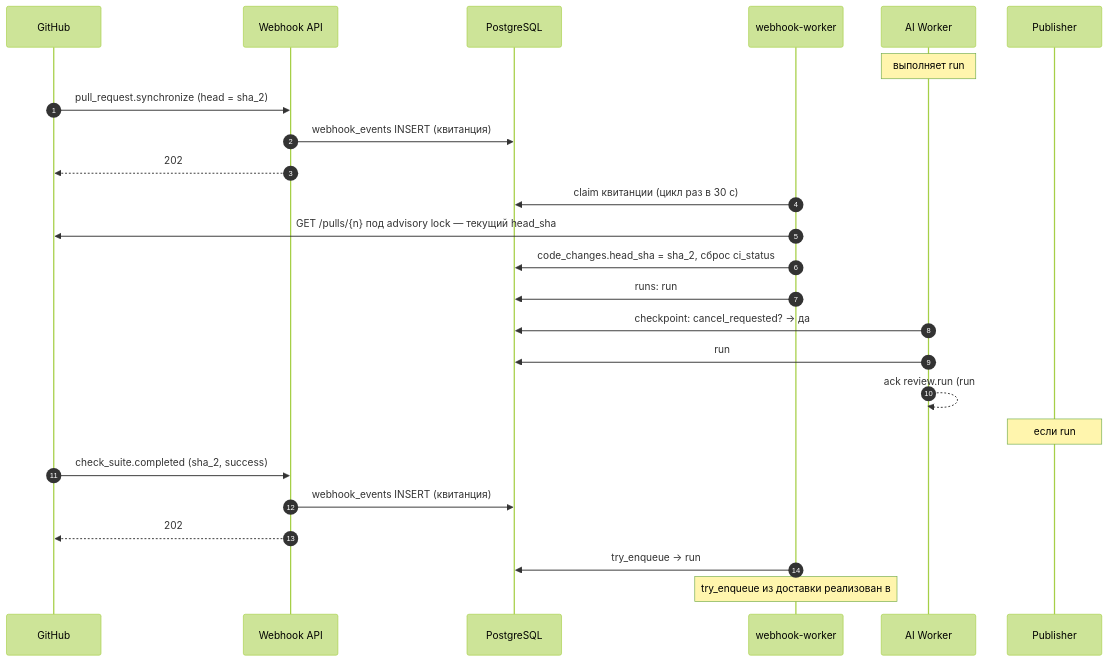
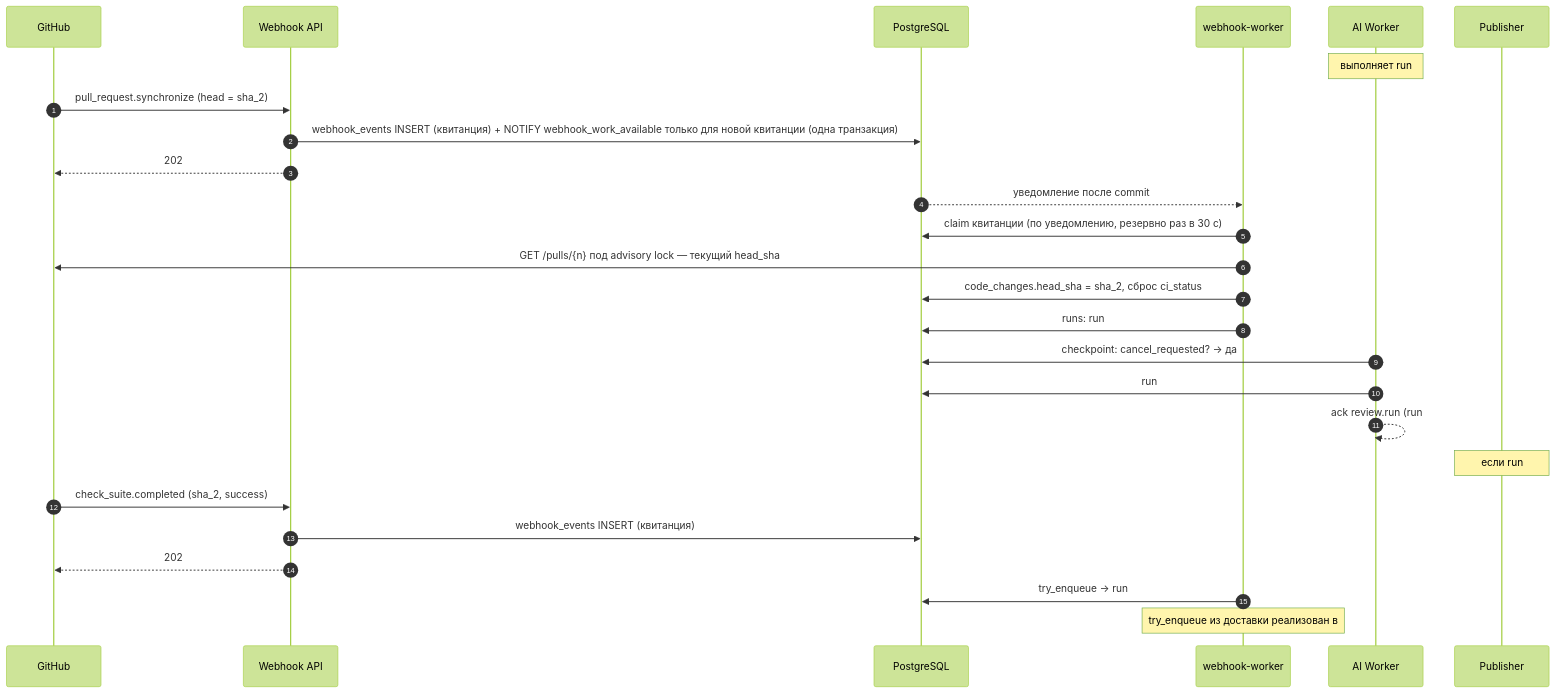
One commit to larchanka-training/dmc-268-api-t6 changed the sixth of 13 diagrams in docs/SYSTEM_DESIGN.md. Above: the diagram before and after it, drawn with Mermaid (forest theme). The commit also changed other lines of this file and 3 other files, not shown here.

First line of the commit message:
docs: describe NOTIFY wake-up of webhook-worker (#166)

````diff
--- a/docs/SYSTEM_DESIGN.md
+++ b/docs/SYSTEM_DESIGN.md
@@ -385,28 +389,29 @@
 ```mermaid
 sequenceDiagram
   autonumber
   participant GH as GitHub
   participant WH as Webhook API
   participant PG as PostgreSQL
   participant WW as webhook-worker
   participant W as AI Worker
   participant P as Publisher
 
   Note over W: выполняет run#1 (sha_1)
   GH->>WH: pull_request.synchronize (head = sha_2)
-  WH->>PG: webhook_events INSERT (квитанция)
+  WH->>PG: webhook_events INSERT (квитанция) + NOTIFY webhook_work_available только для новой квитанции (одна транзакция)
   WH-->>GH: 202
-  WW->>PG: claim квитанции (цикл раз в 30 с)
+  PG-->>WW: уведомление после commit
+  WW->>PG: claim квитанции (по уведомлению, резервно раз в 30 с)
   WW->>GH: GET /pulls/{n} под advisory lock — текущий head_sha
   WW->>PG: code_changes.head_sha = sha_2, сброс ci_status
   WW->>PG: runs: run#1.cancel_requested = true
   W->>PG: checkpoint: cancel_requested? → да
   W->>PG: run#1.state → cancelled
   W-->>W: ack review.run (run#1), без публикации
   Note over P: если run#1 уже в review.publish — Publisher сверяет sha_1 ≠ head_sha и не постит
   GH->>WH: check_suite.completed (sha_2, success)
   WH->>PG: webhook_events INSERT (квитанция)
   WH-->>GH: 202
   WW->>PG: try_enqueue → run#2 (sha_2)
   Note over WW: try_enqueue из доставки реализован в #52
 ```
````
